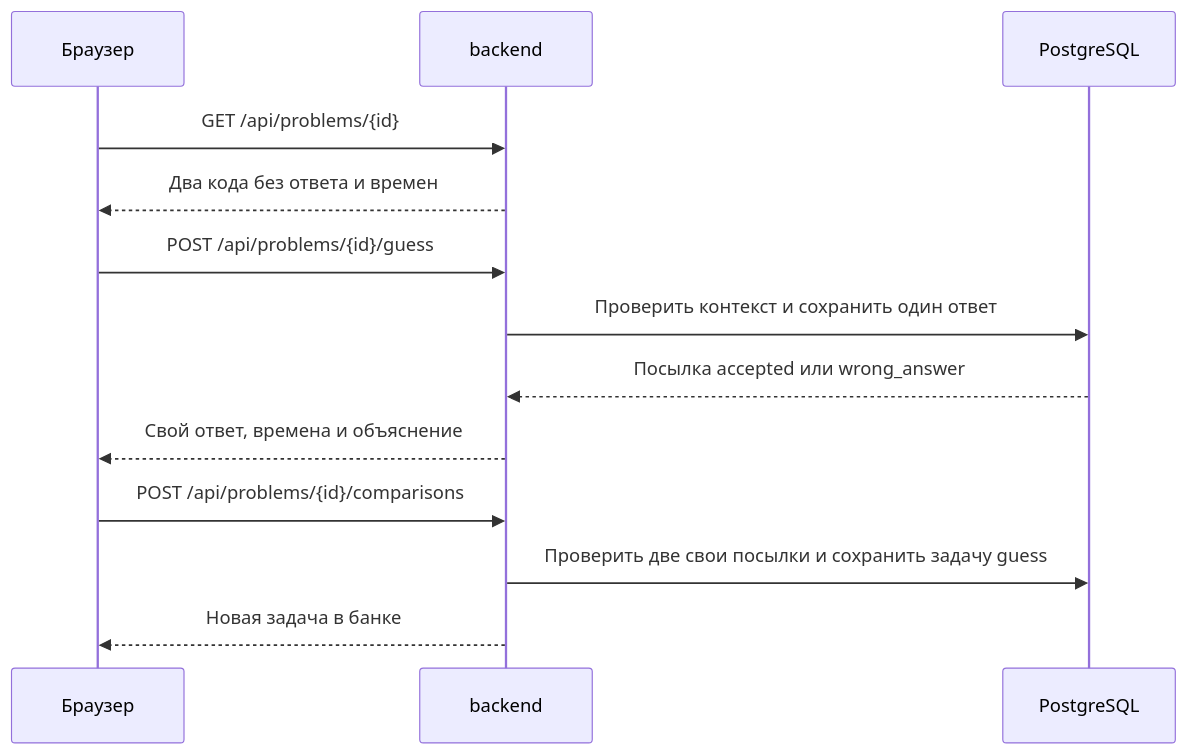
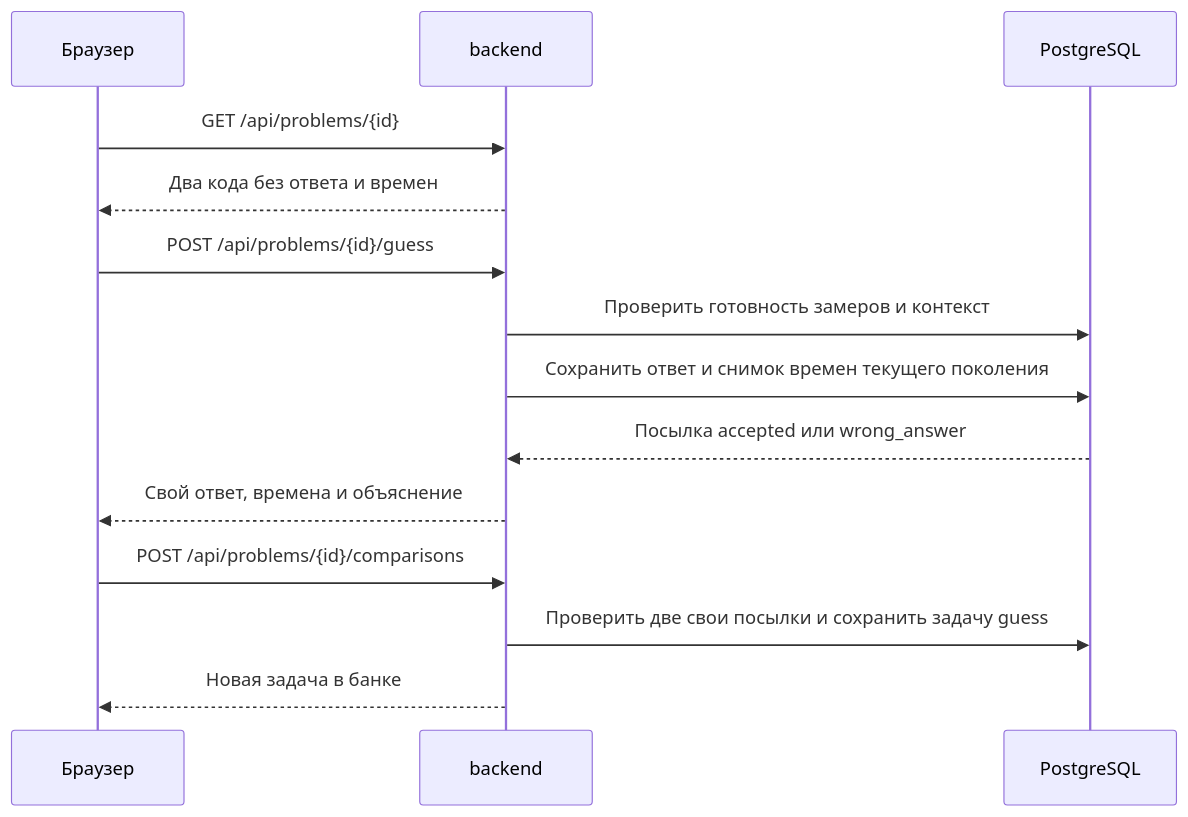
The third of 9 diagrams in docs/architecture.md (lottery7/GpuCodeforces), drawn with Mermaid before and after one commit. The commit also changed other lines of this file and 51 other files, not shown here.

````diff
--- a/docs/architecture.md
+++ b/docs/architecture.md
@@ -75,15 +76,16 @@
 ```mermaid
 sequenceDiagram
   participant U as Браузер
   participant B as backend
   participant DB as PostgreSQL
   U->>B: GET /api/problems/{id}
   B-->>U: Два кода без ответа и времен
   U->>B: POST /api/problems/{id}/guess
-  B->>DB: Проверить контекст и сохранить один ответ
+  B->>DB: Проверить готовность замеров и контекст
+  B->>DB: Сохранить ответ и снимок времен текущего поколения
   DB-->>B: Посылка accepted или wrong_answer
   B-->>U: Свой ответ, времена и объяснение
   U->>B: POST /api/problems/{id}/comparisons
   B->>DB: Проверить две свои посылки и сохранить задачу guess
   B-->>U: Новая задача в банке
 ```
````
